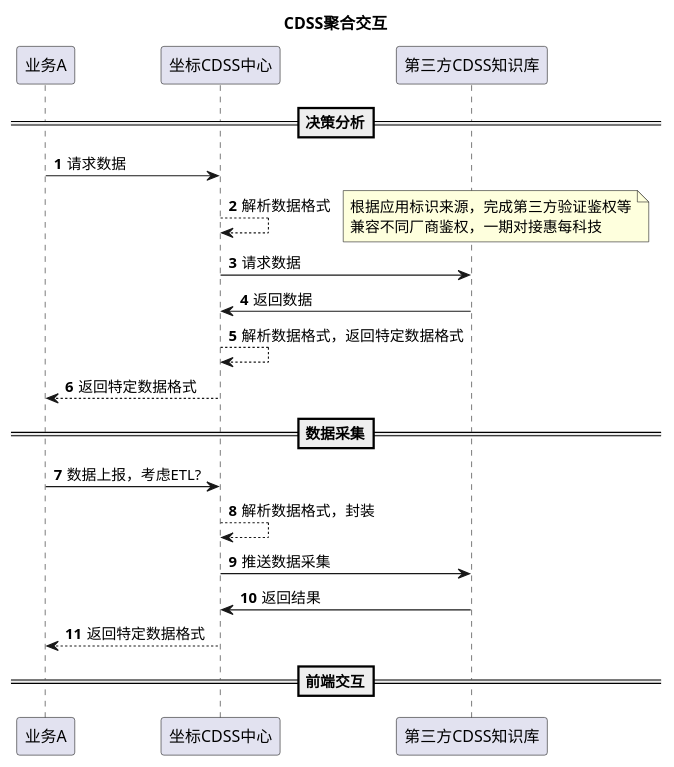
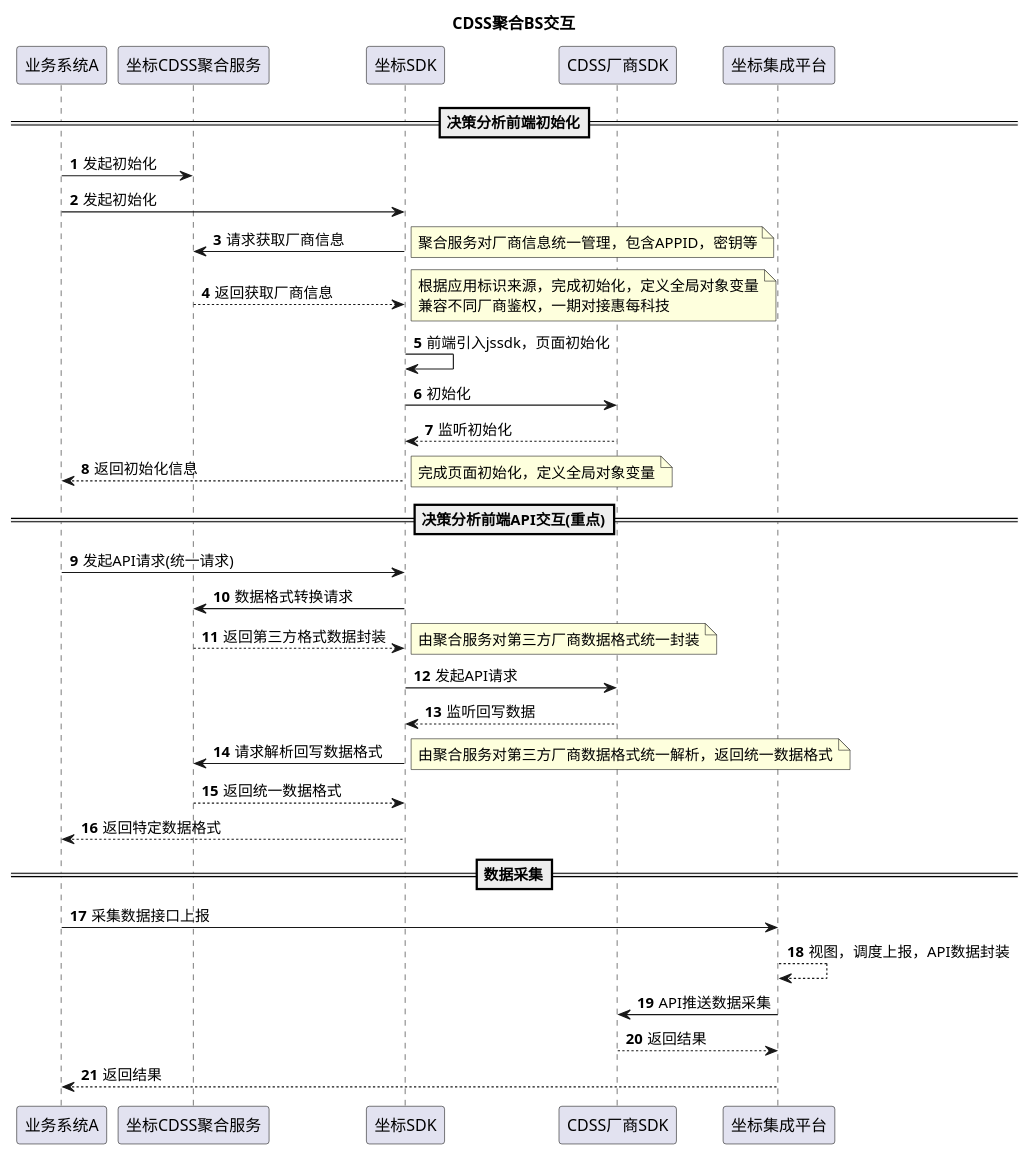
One commit to aoheng/PlantUML changed the diagram in uml/cnhis/CDSS聚合交互.puml. Above: the diagram before and after it, drawn with PlantUML.

Commit message:
feat: cdss知识库

```diff
--- a/uml/cnhis/CDSS聚合交互.puml
+++ b/uml/cnhis/CDSS聚合交互.puml
@@ -1,29 +1,50 @@
 @startuml
 'https://plantuml.com/sequence-diagram
-title CDSS聚合交互
+title CDSS聚合BS交互
 autonumber
 
-==决策分析==
-业务A -> 坐标CDSS中心: 请求数据
-坐标CDSS中心 --> 坐标CDSS中心: 解析数据格式
+==决策分析前端初始化==
+业务系统A -> 坐标CDSS聚合服务: 发起初始化
+业务系统A -> 坐标SDK: 发起初始化
+坐标SDK -> 坐标CDSS聚合服务: 请求获取厂商信息
 note right
-根据应用标识来源，完成第三方验证鉴权等
+聚合服务对厂商信息统一管理，包含APPID，密钥等
+end note
+坐标SDK <-- 坐标CDSS聚合服务: 返回获取厂商信息
+note right
+根据应用标识来源，完成初始化，定义全局对象变量
 兼容不同厂商鉴权，一期对接惠每科技
 end note
-坐标CDSS中心 ->第三方CDSS知识库: 请求数据
-第三方CDSS知识库 -> 坐标CDSS中心: 返回数据
-坐标CDSS中心 --> 坐标CDSS中心: 解析数据格式，返回特定数据格式
-坐标CDSS中心 --> 业务A: 返回特定数据格式
+坐标SDK -> 坐标SDK:前端引入jssdk，页面初始化
+坐标SDK -> CDSS厂商SDK:初始化
+坐标SDK <-- CDSS厂商SDK:监听初始化
+业务系统A <-- 坐标SDK:返回初始化信息
+note right
+完成页面初始化，定义全局对象变量
+end note
+
+
+==决策分析前端API交互(重点)==
+业务系统A ->坐标SDK: 发起API请求(统一请求)
+坐标SDK ->坐标CDSS聚合服务: 数据格式转换请求
+坐标CDSS聚合服务 -->坐标SDK: 返回第三方格式数据封装
+note right
+由聚合服务对第三方厂商数据格式统一封装
+end note
+坐标SDK ->CDSS厂商SDK: 发起API请求
+坐标SDK <--CDSS厂商SDK: 监听回写数据
+坐标CDSS聚合服务 <- 坐标SDK:请求解析回写数据格式
+note right
+由聚合服务对第三方厂商数据格式统一解析，返回统一数据格式
+end note
+坐标CDSS聚合服务 --> 坐标SDK:返回统一数据格式
+业务系统A <-- 坐标SDK:返回特定数据格式
+
 
 ==数据采集==
-业务A-> 坐标CDSS中心: 数据上报，考虑ETL?
-坐标CDSS中心 --> 坐标CDSS中心: 解析数据格式，封装
-坐标CDSS中心 ->第三方CDSS知识库: 推送数据采集
-第三方CDSS知识库->坐标CDSS中心:返回结果
-坐标CDSS中心 --> 业务A: 返回特定数据格式
-
-==前端交互==
-
-
-
+业务系统A ->坐标集成平台:采集数据接口上报
+坐标集成平台 --> 坐标集成平台:视图，调度上报，API数据封装
+坐标集成平台 ->CDSS厂商SDK: API推送数据采集
+坐标集成平台 <--CDSS厂商SDK:返回结果
+业务系统A <--坐标集成平台:返回结果
 @enduml
```
